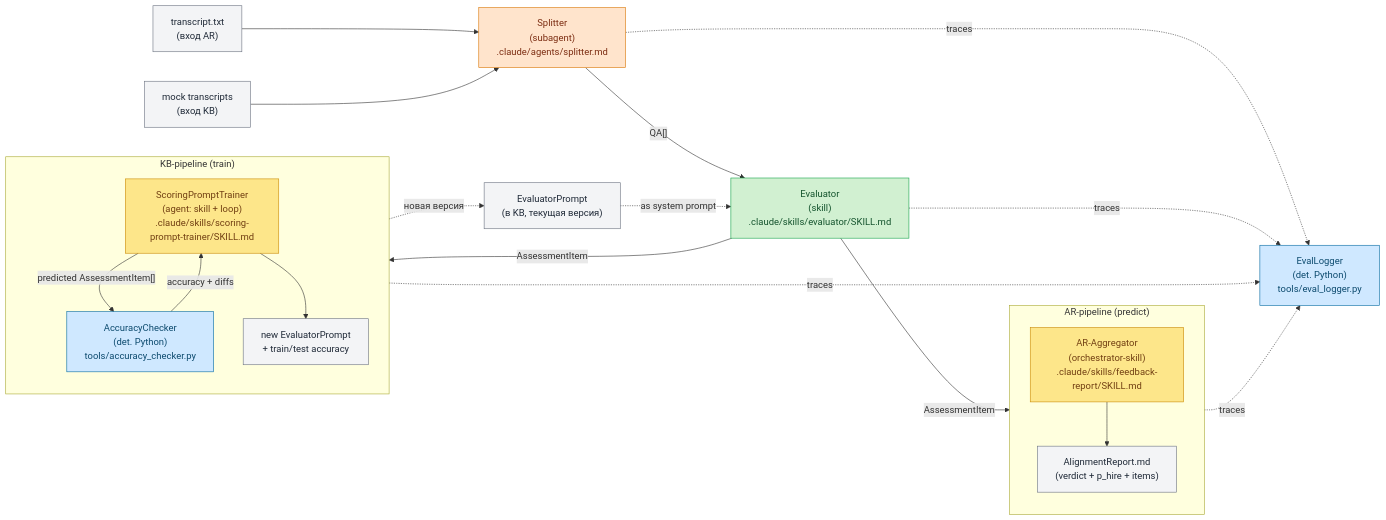
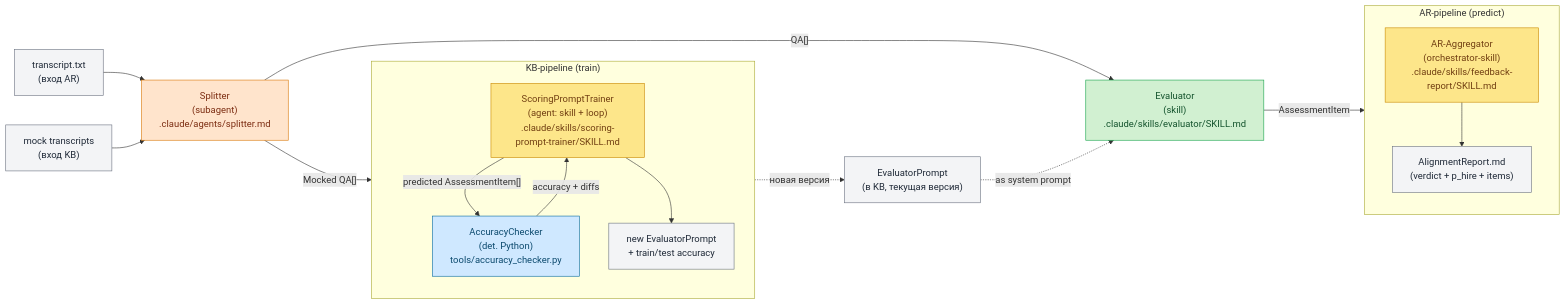
The diagram in md/arch_pipeline.md (margomrkv/interview-debrief-assistant), drawn with Mermaid before and after one commit. The commit also changed other lines of this file, not shown here.

Commit message:
updated pipeline

````diff
--- a/md/arch_pipeline.md
+++ b/md/arch_pipeline.md
@@ -60,57 +59,53 @@
 ```mermaid
 flowchart LR
     %% Входы
     TR_AR["transcript.txt<br/>(вход AR)"]
     TR_KB["mock transcripts<br/>(вход KB)"]
 
     %% Общие сервисы
     SPLIT["Splitter<br/>(subagent)<br/>.claude/agents/splitter.md"]
     EVAL["Evaluator<br/>(skill)<br/>.claude/skills/evaluator/SKILL.md"]
 
     %% Артефакт-контракт KB ↔ оба pipeline'а
     EP["EvaluatorPrompt<br/>(в KB, текущая версия)"]
 
     %% AR (predict) оркестратор
     subgraph AR["AR-pipeline (predict)"]
         direction TB
         AGG["AR-Aggregator<br/>(orchestrator-skill)<br/>.claude/skills/feedback-report/SKILL.md"]
         REP["AlignmentReport.md<br/>(verdict + p_hire + items)"]
         AGG --> REP
     end
 
     %% KB (train) оркестратор
     subgraph KB["KB-pipeline (train)"]
         direction TB
         TRAIN["ScoringPromptTrainer<br/>(agent: skill + loop)<br/>.claude/skills/scoring-prompt-trainer/SKILL.md"]
         ACC["AccuracyChecker<br/>(det. Python)<br/>tools/accuracy_checker.py"]
         OUT_P["new EvaluatorPrompt<br/>+ train/test accuracy"]
         TRAIN -- "predicted AssessmentItem[]" --> ACC
         ACC -- "accuracy + diffs" --> TRAIN
         TRAIN --> OUT_P
     end
 
-    %% Cross-cutting: EvalLogger
-    LOG["EvalLogger<br/>(det. Python)<br/>tools/eval_logger.py"]
-
     %% Связи
     TR_AR --> SPLIT
     TR_KB --> SPLIT
     SPLIT -- "QA[]" --> EVAL
     EP -. "as system prompt" .-> EVAL
     EVAL -- "AssessmentItem" --> AGG
-    EVAL -- "AssessmentItem" --> TRAIN
     OUT_P -. "новая версия" .-> EP
-    SPLIT & EVAL & AGG & TRAIN -. "traces" .-> LOG
+    SPLIT -- "Mocked QA[]" --> TRAIN
 
     classDef agent fill:#ffe4cc,stroke:#d97706,color:#7c2d12
     classDef skill fill:#d1f0d1,stroke:#16a34a,color:#14532d
     classDef orchestrator fill:#fde68a,stroke:#ca8a04,color:#713f12
     classDef deterministic fill:#cfe8ff,stroke:#0369a1,color:#0c4a6e
     classDef data fill:#f3f4f6,stroke:#6b7280,color:#1f2937
 
     class SPLIT agent
     class EVAL skill
     class AGG,TRAIN orchestrator
-    class ACC,LOG deterministic
+    class ACC deterministic
     class EP,REP,OUT_P,TR_AR,TR_KB data
 ```
````
